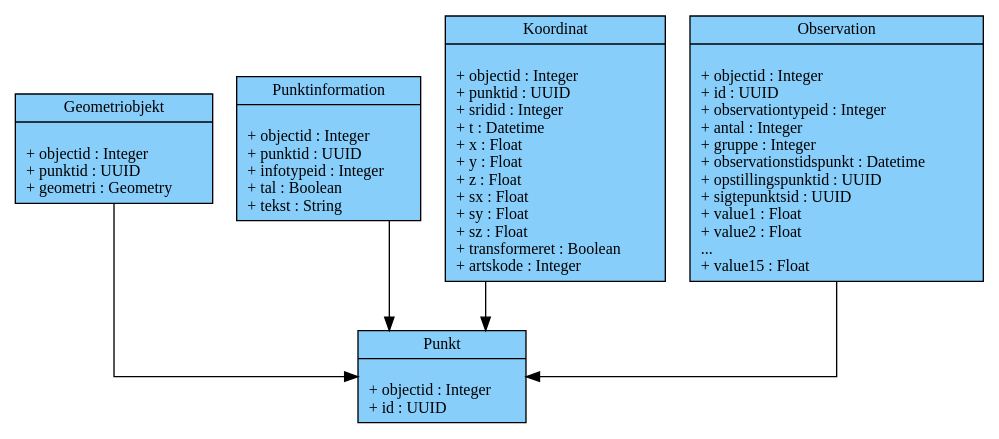
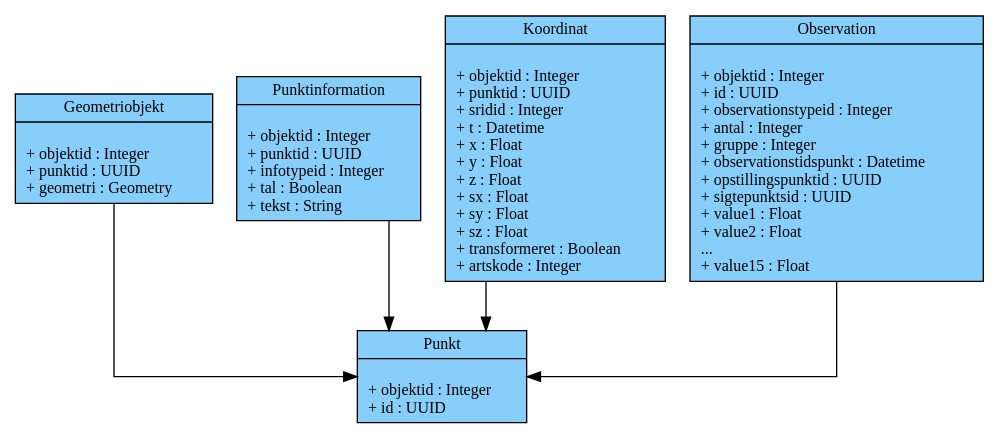
One commit to SDFIdk/FIRE changed the second of 5 diagrams in docs/datamodel.rst. Above: the diagram before and after it, drawn with Graphviz. The commit also changed other lines of this file and 13 other files, not shown here.

```diff
--- a/docs/datamodel.rst
+++ b/docs/datamodel.rst
@@ -87,7 +87,7 @@
 
         Punkt [
             label = "{Punkt|\l
-                    + objectid : Integer\l
+                    + objektid : Integer\l
                     + id : UUID\l
             }"
             fillcolor = lightskyblue
@@ -96,7 +96,7 @@
 
         Geometriobjekt [
             label = "{Geometriobjekt|\l
-                    + objectid : Integer\l
+                    + objektid : Integer\l
                     + punktid : UUID\l
                     + geometri : Geometry\l
             }"
@@ -106,7 +106,7 @@
 
         Punktinformation [
             label = "{Punktinformation|\l
-                    + objectid : Integer\l
+                    + objektid : Integer\l
                     + punktid : UUID\l
                     + infotypeid : Integer\l
                     + tal : Boolean\l
@@ -118,7 +118,7 @@
 
         Koordinat [
             label = "{Koordinat|\l
-                    + objectid : Integer\l
+                    + objektid : Integer\l
                     + punktid : UUID\l
                     + sridid : Integer\l
                     + t : Datetime\l
@@ -138,9 +138,9 @@
 
         Observation [
             label = "{Observation|\l
-                    + objectid : Integer\l
+                    + objektid : Integer\l
                     + id : UUID\l
-                    + observationtypeid : Integer\l
+                    + observationstypeid : Integer\l
                     + antal : Integer\l
                     + gruppe : Integer\l
                     + observationstidspunkt : Datetime\l
```
